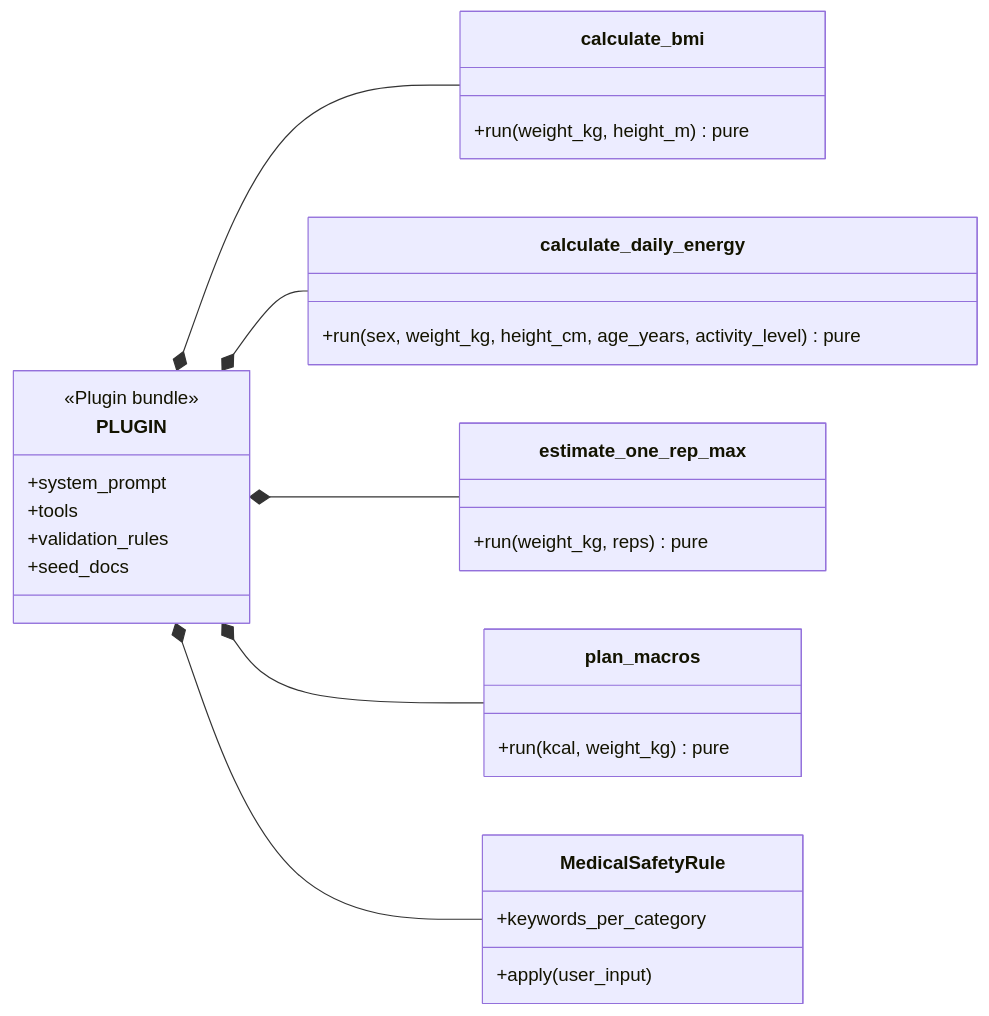
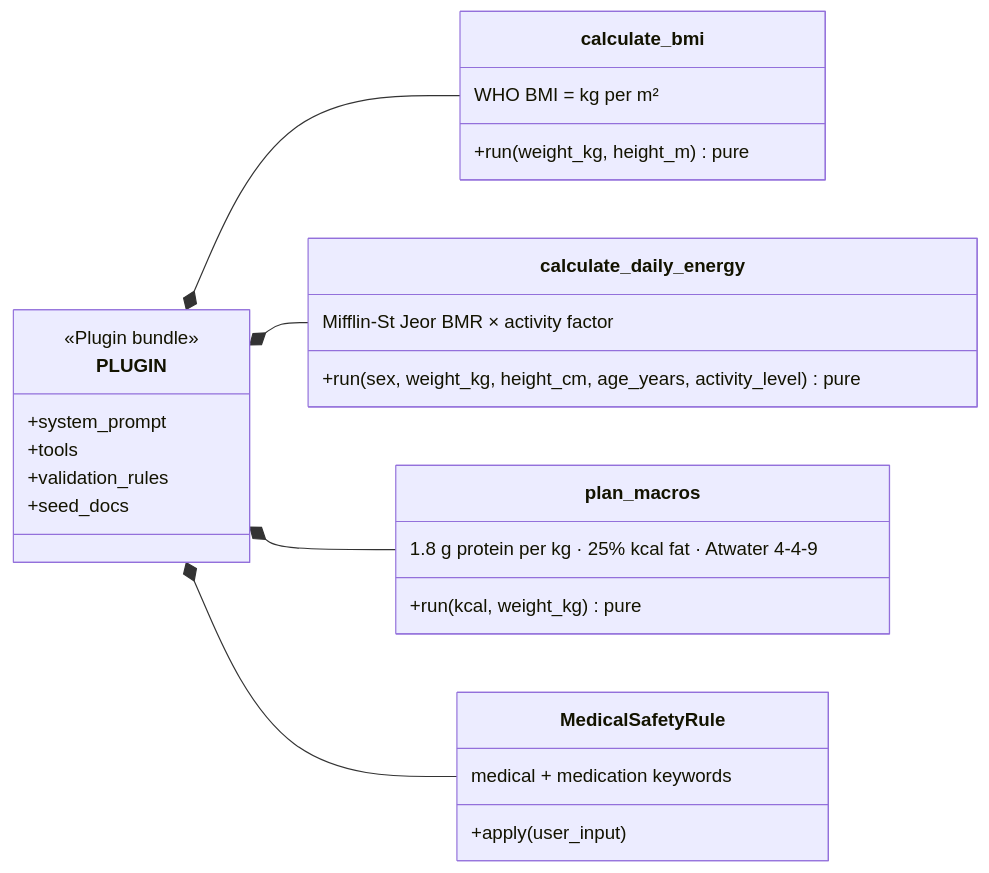
Before and after one commit to aschog/cora: the diagram in docs/plans/fitness-coach-plugin.md, drawn with Mermaid. The commit also changed other lines of this file and 1 other file, not shown here.

Commit message:
docs: plan fitness coach plugin — three domain tools, safety rule, seed docs

````diff
--- a/docs/plans/fitness-coach-plugin.md
+++ b/docs/plans/fitness-coach-plugin.md
@@ -27,22 +23,23 @@
 ```mermaid
 classDiagram
   direction LR
   class PLUGIN {
     <<Plugin bundle>>
     +system_prompt
     +tools
     +validation_rules
     +seed_docs
   }
   PLUGIN *-- calculate_bmi
   PLUGIN *-- calculate_daily_energy
-  PLUGIN *-- estimate_one_rep_max
   PLUGIN *-- plan_macros
   PLUGIN *-- MedicalSafetyRule
+  calculate_bmi : WHO BMI = kg per m²
   calculate_bmi : +run(weight_kg, height_m) pure
+  calculate_daily_energy : Mifflin-St Jeor BMR × activity factor
   calculate_daily_energy : +run(sex, weight_kg, height_cm, age_years, activity_level) pure
-  estimate_one_rep_max : +run(weight_kg, reps) pure
+  plan_macros : 1.8 g protein per kg · 25% kcal fat · Atwater 4-4-9
   plan_macros : +run(kcal, weight_kg) pure
-  MedicalSafetyRule : +keywords_per_category
+  MedicalSafetyRule : medical + medication keywords
   MedicalSafetyRule : +apply(user_input)
 ```
````
